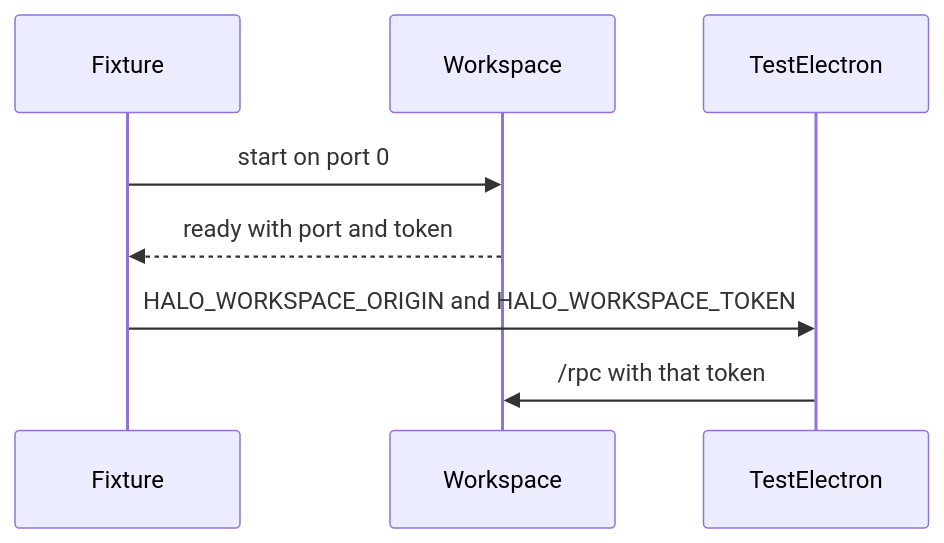
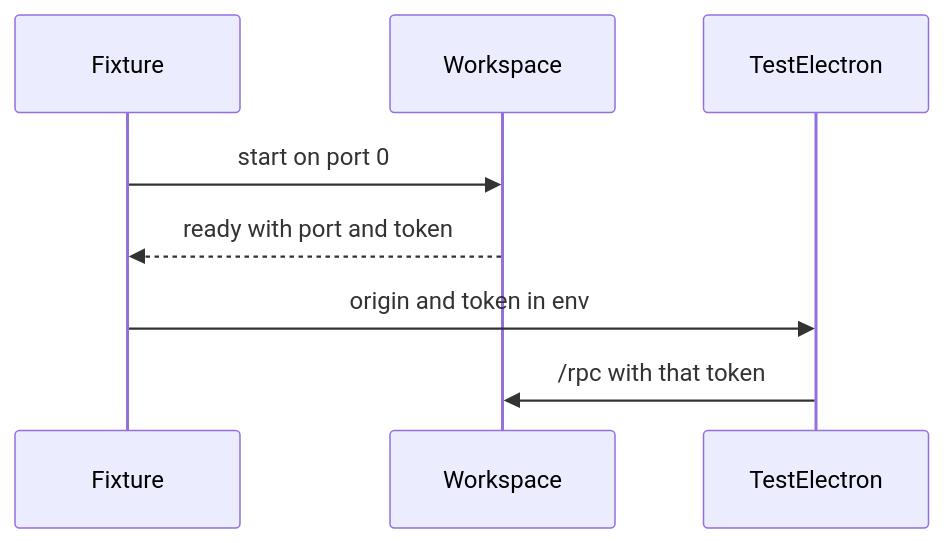
One commit to cashew-labs/halo changed diagram 12 of 12 in specs/dev-electron-control-plane.md. Above: the diagram before and after it, drawn with Mermaid. The commit also changed other lines of this file, not shown here.

Commit message:
Shorten the environment labels in the phase 4 and 5 diagrams.

````diff
--- a/specs/dev-electron-control-plane.md
+++ b/specs/dev-electron-control-plane.md
@@ -995,14 +995,14 @@
 ```mermaid
 sequenceDiagram
   participant Fixture
   participant Workspace
   participant TestElectron
   Fixture->>Workspace: start on port 0
   Workspace-->>Fixture: ready with port and token
-  Fixture->>TestElectron: HALO_WORKSPACE_ORIGIN and HALO_WORKSPACE_TOKEN
+  Fixture->>TestElectron: origin and token in env
   TestElectron->>Workspace: /rpc with that token
   %% ref node:Fixture [[apps/electron/e2e/startWorkspaceServerProcess.ts#startWorkspaceServerProcess]]
   %% ref node:Workspace [[packages/workspace-server/src/server/WorkspaceServer.ts#WorkspaceServer.ready]]
   %% ref node:TestElectron [[apps/electron/e2e/ElectronTestApp.ts#ElectronTestApp.open]]
   %% ref edge:3 [[apps/electron/src/main/DesktopAuthentication.ts#createLocalDesktopAuthentication]]
 ```
````
